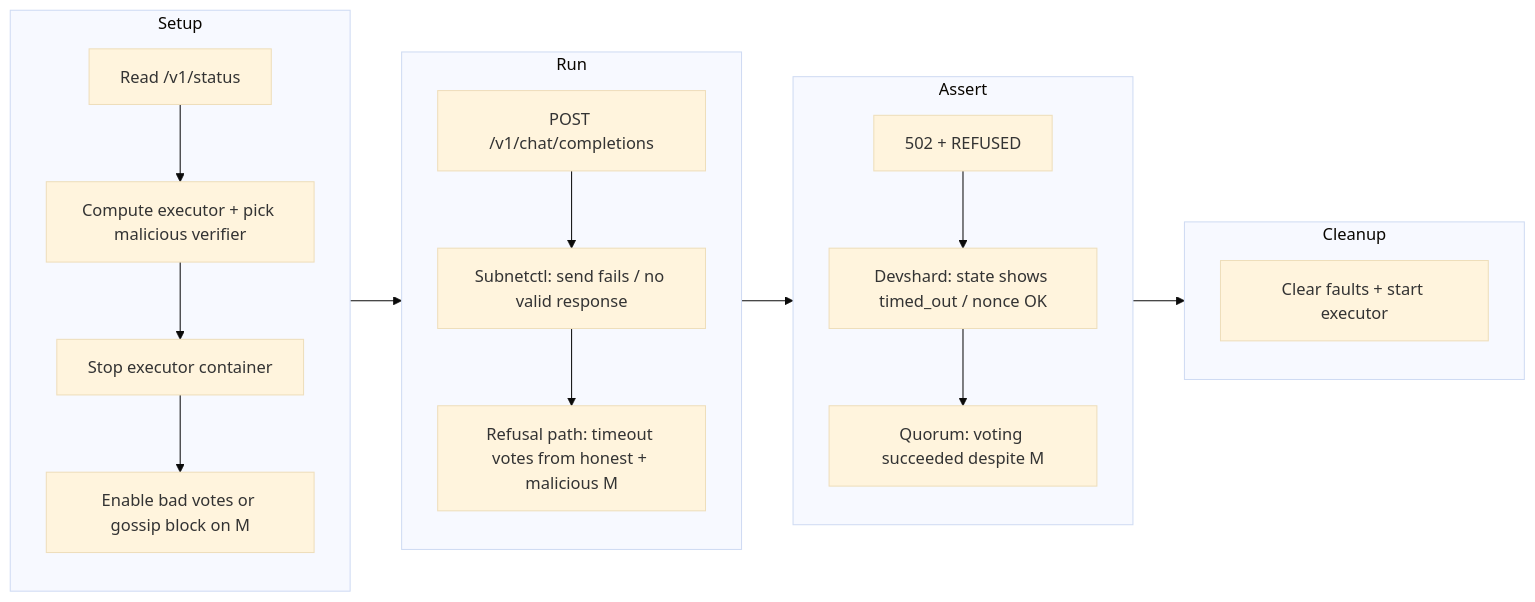
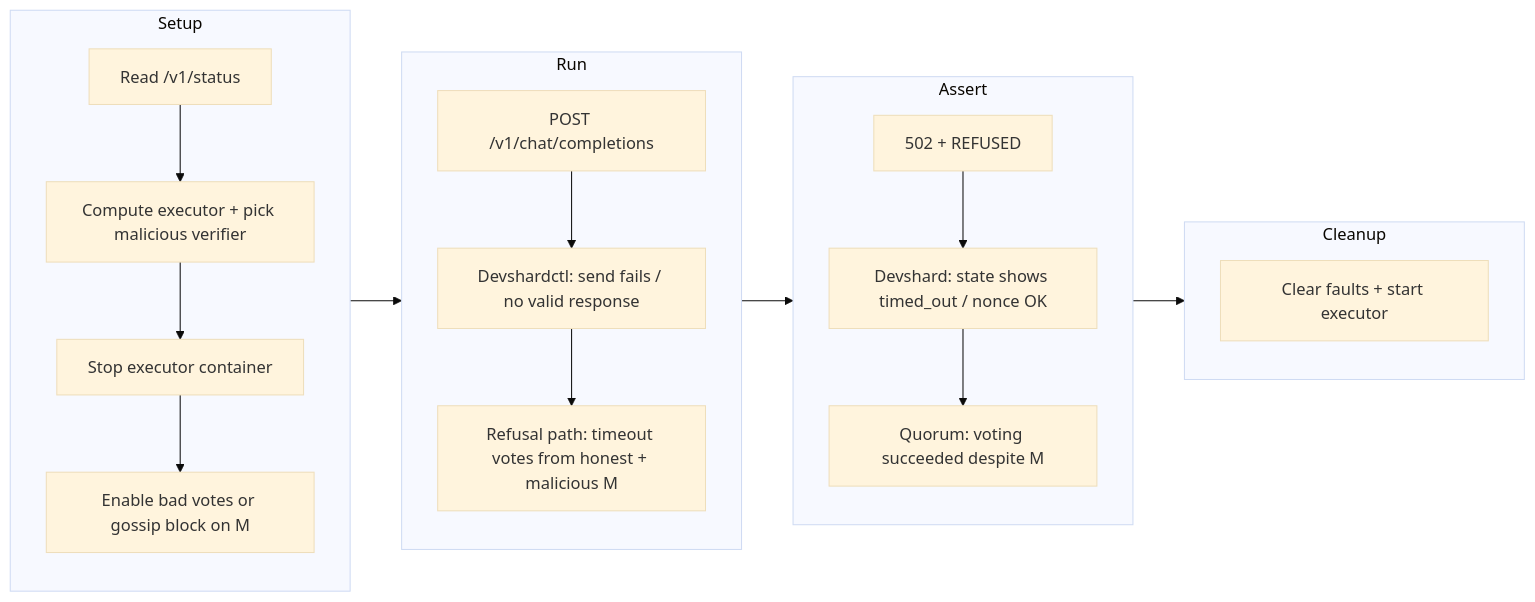
The first of 2 diagrams in devshard/docs/proposals/PROTOCOL_TESTING_PROPOSAL.md (gonka-ai/gonka), drawn with Mermaid (base theme) before and after one commit. The commit also changed other lines of this file and 2 other files, not shown here.

````diff
--- a/devshard/docs/proposals/PROTOCOL_TESTING_PROPOSAL.md
+++ b/devshard/docs/proposals/PROTOCOL_TESTING_PROPOSAL.md
@@ -61,30 +61,30 @@
 ```mermaid
 flowchart LR
   subgraph setup [Setup]
     A[Read /v1/status]
     B[Compute executor + pick malicious verifier]
     C[Stop executor container]
     D[Enable bad votes or gossip block on M]
     A --> B --> C --> D
   end
 
   subgraph run [Run]
     E[POST /v1/chat/completions]
-    F[Subnetctl: send fails / no valid response]
+    F[Devshardctl: send fails / no valid response]
     G[Refusal path: timeout votes from honest + malicious M]
     E --> F --> G
   end
 
   subgraph assert [Assert]
     H[502 + REFUSED]
     I[Devshard: state shows timed_out / nonce OK]
     J[Quorum: voting succeeded despite M]
     H --> I --> J
   end
 
   subgraph cleanup [Cleanup]
     K[Clear faults + start executor]
   end
 
   setup --> run --> assert --> cleanup
 ```
````
